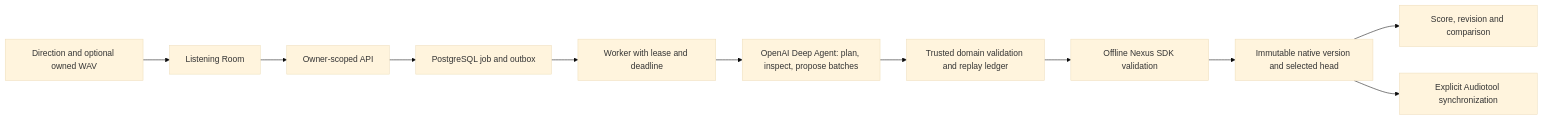
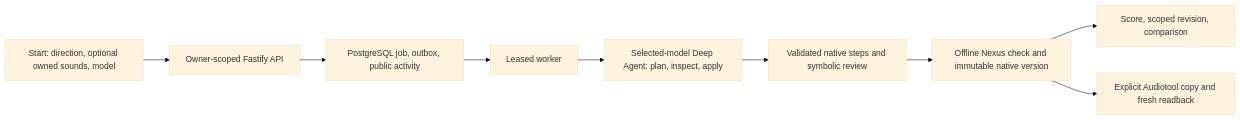
One commit to theBlackfish01/PocketProducer changed the diagram in docs/PROJECT-WALKTHROUGH.md. Above: the diagram before and after it, drawn with Mermaid (base theme). The commit also changed other lines of this file and 15 other files, not shown here.

````diff
--- a/docs/PROJECT-WALKTHROUGH.md
+++ b/docs/PROJECT-WALKTHROUGH.md
@@ -13,13 +15,11 @@
 ```mermaid
 flowchart LR
-  A[Direction and optional owned WAV] --> B[Listening Room]
-  B --> C[Owner-scoped API]
-  C --> D[PostgreSQL job and outbox]
-  D --> E[Worker with lease and deadline]
-  E --> F[OpenAI Deep Agent: plan, inspect, propose batches]
-  F --> G[Trusted domain validation and replay ledger]
-  G --> H[Offline Nexus SDK validation]
-  H --> I[Immutable native version and selected head]
-  I --> J[Score, revision and comparison]
-  I --> K[Explicit Audiotool synchronization]
+  A[Start: direction, optional owned sounds, model] --> B[Owner-scoped Fastify API]
+  B --> C[PostgreSQL job, outbox, public activity]
+  C --> D[Leased worker]
+  D --> E[Selected-model Deep Agent: plan, inspect, apply]
+  E --> F[Validated native steps and symbolic review]
+  F --> G[Offline Nexus check and immutable native version]
+  G --> H[Score, scoped revision, comparison]
+  G --> I[Explicit Audiotool copy and fresh readback]
 ```
````
